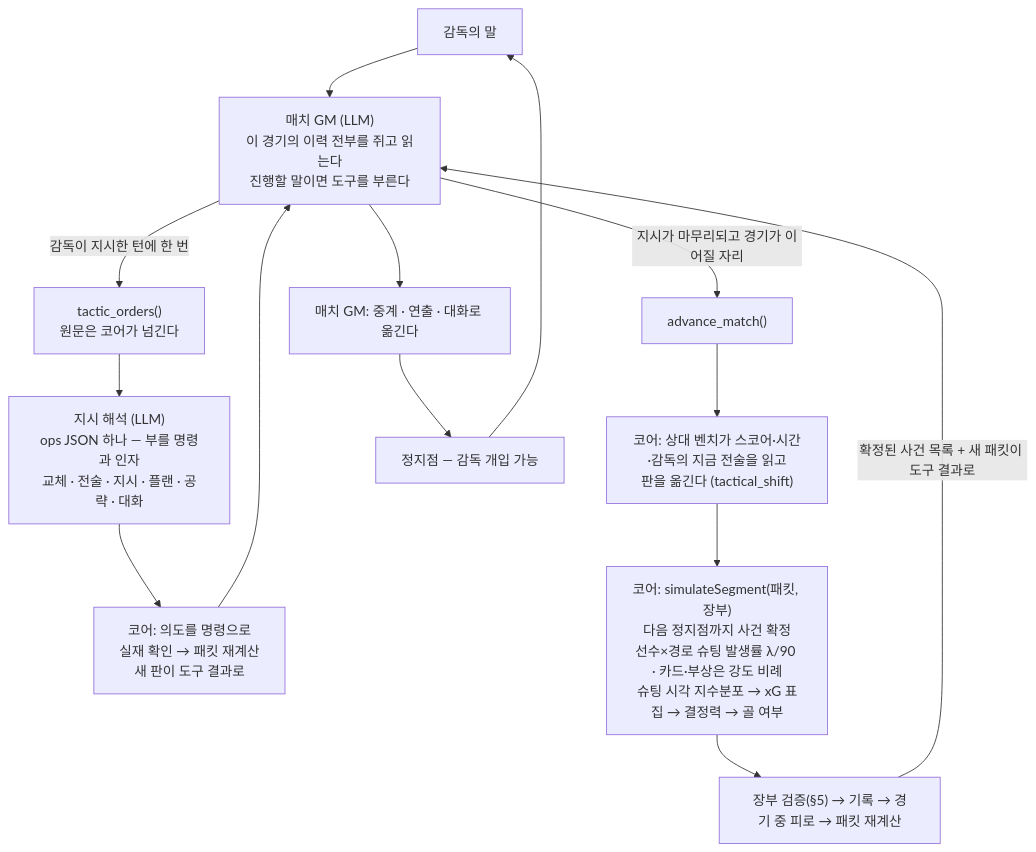
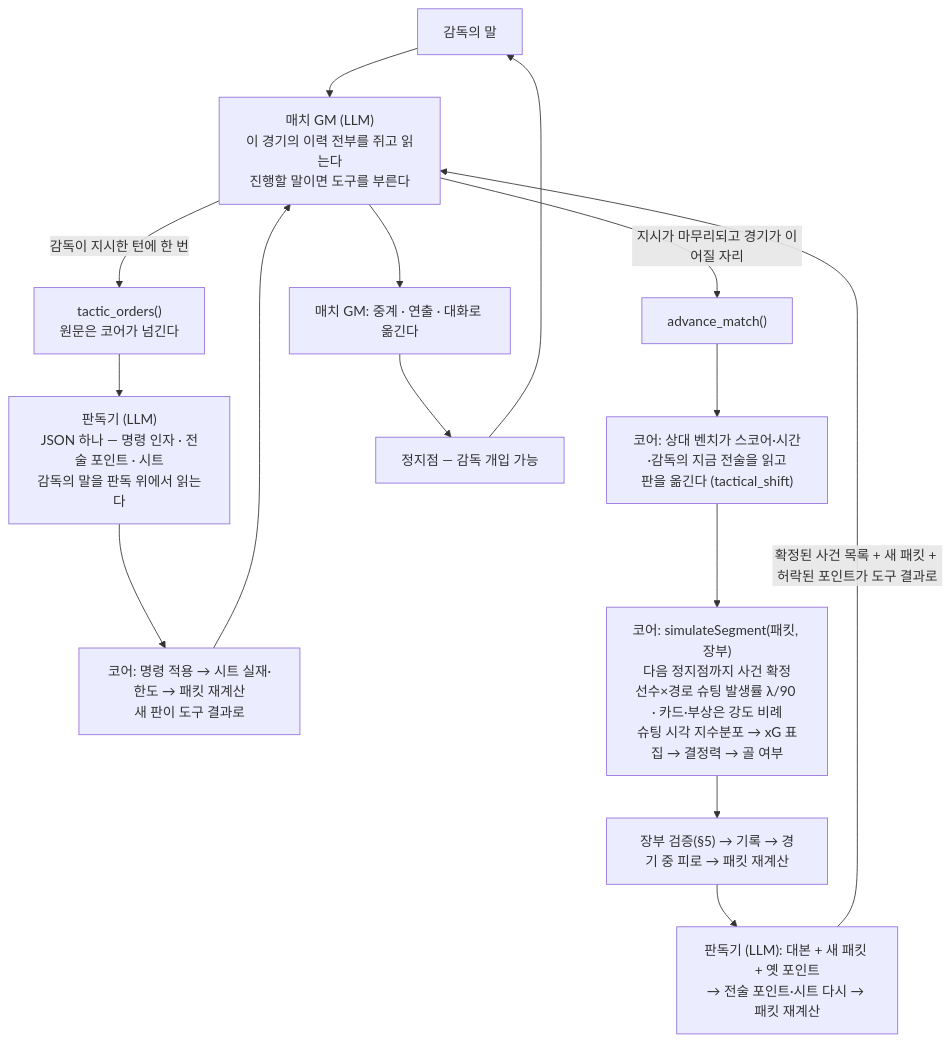
The diagram in docs/simulation/match.md (dhoonjang/story-fm), drawn with Mermaid before and after one commit. The commit also changed other lines of this file and 73 other files, not shown here.

First line of the commit message:
feat(match): 경기를 코어 로직과 전술 포인트·시트의 두 층으로 가르고, 판독기 하나가 위층을 쓴다

````diff
--- a/docs/simulation/match.md
+++ b/docs/simulation/match.md
@@ -1026,16 +1011,17 @@
 ```mermaid
 flowchart TB
   A["감독의 말"] --> B["매치 GM (LLM)<br/>이 경기의 이력 전부를 쥐고 읽는다<br/>진행할 말이면 도구를 부른다"]
   B -->|"감독이 지시한 턴에 한 번"| C["tactic_orders()<br/>원문은 코어가 넘긴다"]
-  C --> C1["지시 해석 (LLM)<br/>ops JSON 하나 — 부를 명령과 인자<br/>교체 · 전술 · 지시 · 플랜 · 공략 · 대화"]
-  C1 --> C2["코어: 의도를 명령으로<br/>실재 확인 → 패킷 재계산<br/>새 판이 도구 결과로"]
+  C --> C1["판독기 (LLM)<br/>JSON 하나 — 명령 인자 · 전술 포인트 · 시트<br/>감독의 말을 판독 위에서 읽는다"]
+  C1 --> C2["코어: 명령 적용 → 시트 실재·한도 → 패킷 재계산<br/>새 판이 도구 결과로"]
   C2 --> B
   B -->|"지시가 마무리되고 경기가 이어질 자리"| D["advance_match()"]
   D --> D1["코어: 상대 벤치가 스코어·시간·감독의 지금 전술을 읽고<br/>판을 옮긴다 (tactical_shift)"]
   D1 --> D2["코어: simulateSegment(패킷, 장부)<br/>다음 정지점까지 사건 확정<br/>선수×경로 슈팅 발생률 λ/90 · 카드·부상은 강도 비례<br/>슈팅 시각 지수분포 → xG 표집 → 결정력 → 골 여부"]
   D2 --> D3["장부 검증(§5) → 기록 → 경기 중 피로 → 패킷 재계산"]
-  D3 -->|"확정된 사건 목록 + 새 패킷이 도구 결과로"| B
+  D3 --> D4["판독기 (LLM): 대본 + 새 패킷 + 옛 포인트<br/>→ 전술 포인트·시트 다시 → 패킷 재계산"]
+  D4 -->|"확정된 사건 목록 + 새 패킷 + 허락된 포인트가 도구 결과로"| B
   B --> E["매치 GM: 중계 · 연출 · 대화로 옮긴다"]
   E --> F["정지점 — 감독 개입 가능"]
   F --> A
 ```
````
